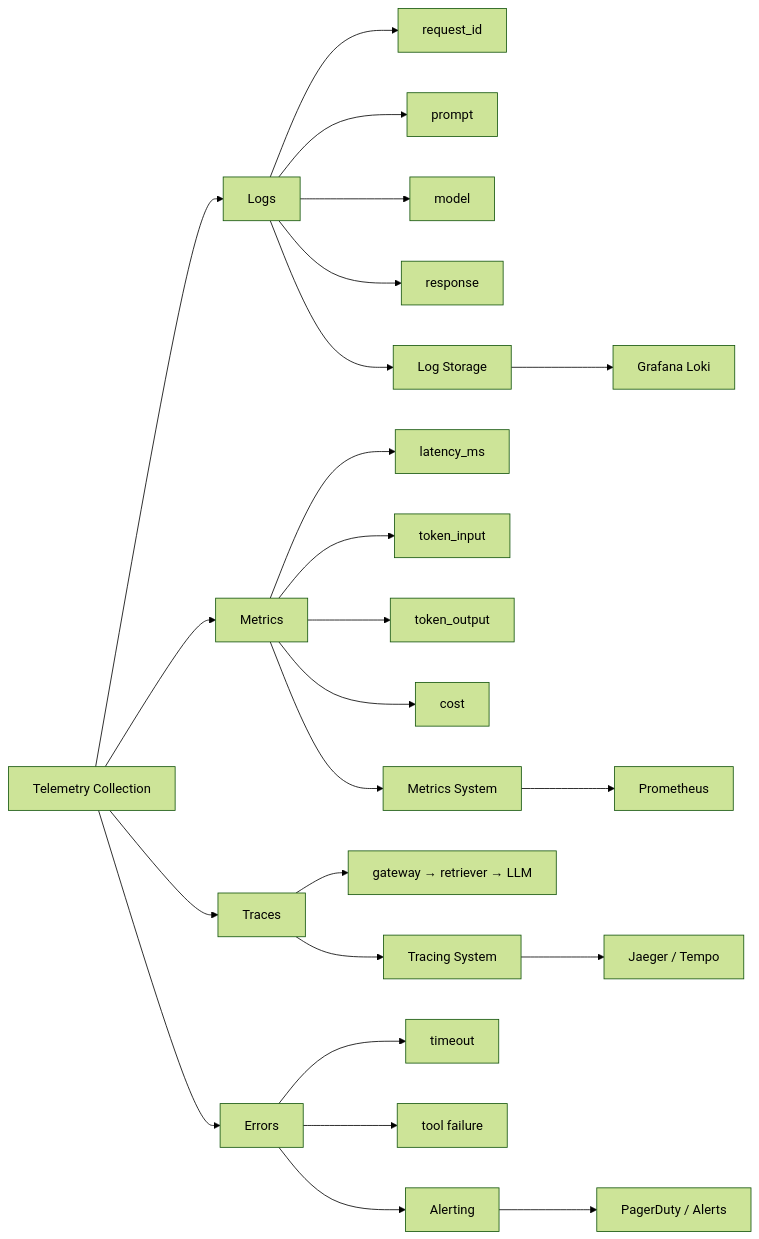
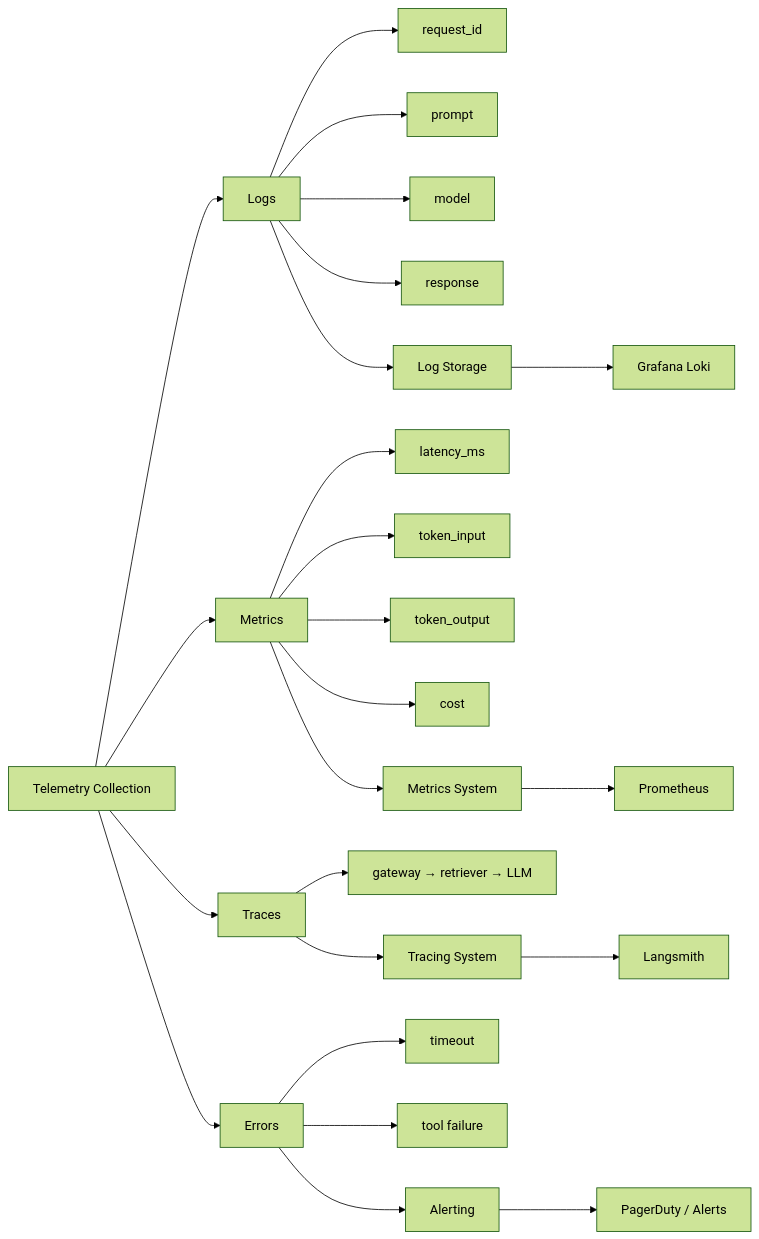
One commit to taixingbi/chat-bot-docs changed the fourth of 5 diagrams in README.md. Above: the diagram before and after it, drawn with Mermaid (forest theme).

Commit message:
Update Jaeger/Tempo to Langsmith in README

````diff
--- a/README.md
+++ b/README.md
@@ -52,35 +52,35 @@
 ```mermaid
 flowchart LR
 
 A[Telemetry Collection]
 
 A --> B[Logs]
 A --> C[Metrics]
 A --> D[Traces]
 A --> E[Errors]
 
 B --> B1[request_id]
 B --> B2[prompt]
 B --> B3[model]
 B --> B4[response]
 
 C --> C1[latency_ms]
 C --> C2[token_input]
 C --> C3[token_output]
 C --> C4[cost]
 
 D --> D1[gateway → retriever → LLM]
 
 E --> E1[timeout]
 E --> E2[tool failure]
 
 B --> F[Log Storage]
 C --> G[Metrics System]
 D --> H[Tracing System]
 E --> I[Alerting]
 
 F --> J[Grafana Loki]
 G --> K[Prometheus]
-H --> L[Jaeger / Tempo]
+H --> L[Langsmith]
 I --> M[PagerDuty / Alerts]
 ```
````
